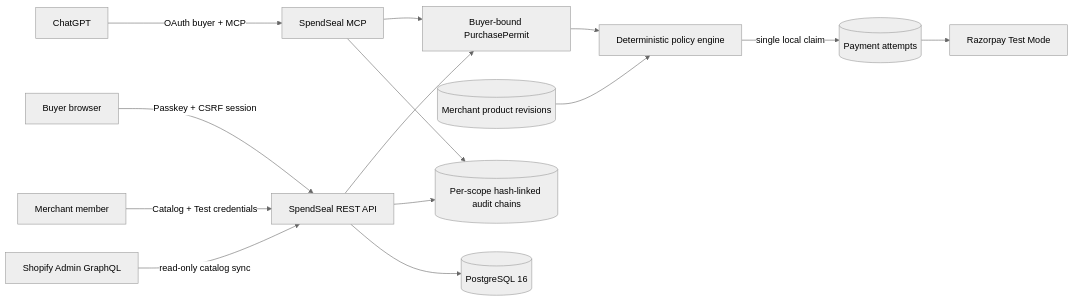
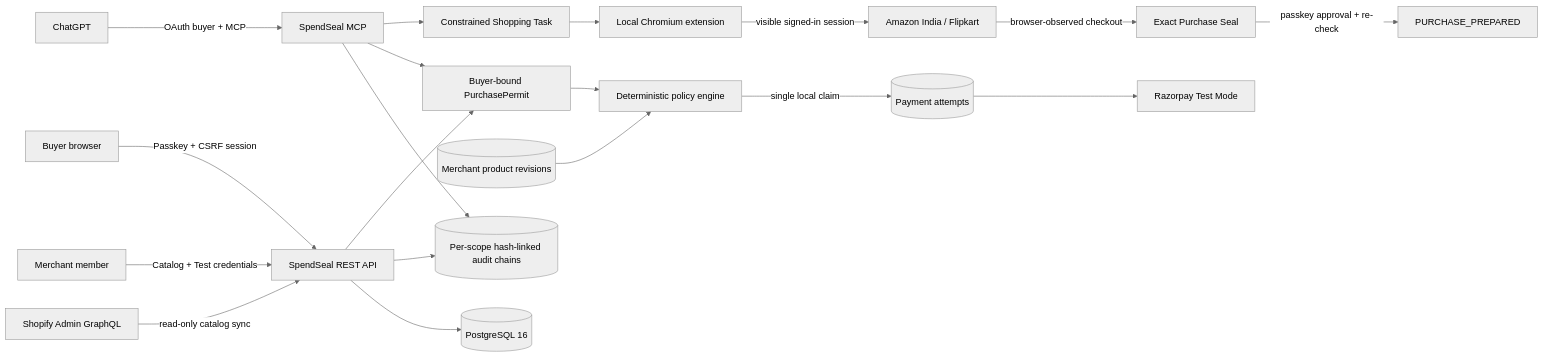
The diagram in README.md (aryagupta-tech/SpendSeal), drawn with Mermaid (neutral theme) before and after one commit. The commit also changed other lines of this file and 37 other files, not shown here.

````diff
--- a/README.md
+++ b/README.md
@@ -239,16 +267,21 @@
 ```mermaid
 flowchart LR
   GPT[ChatGPT] -->|OAuth buyer + MCP| MCP[SpendSeal MCP]
   Browser[Buyer browser] -->|Passkey + CSRF session| API[SpendSeal REST API]
+  MCP --> Task[Constrained Shopping Task]
+  Task --> Extension[Local Chromium extension]
+  Extension -->|visible signed-in session| Retailers[Amazon India / Flipkart]
+  Retailers -->|browser-observed checkout| Seal[Exact Purchase Seal]
+  Seal -->|passkey approval + re-check| Prepared[PURCHASE_PREPARED]
   Merchant[Merchant member] -->|Catalog + Test credentials| API
   Shopify[Shopify Admin GraphQL] -->|read-only catalog sync| API
   MCP --> Lock[Buyer-bound PurchasePermit]
   API --> Lock
   Lock --> Policy[Deterministic policy engine]
   Catalog[(Merchant product revisions)] --> Policy
   Policy -->|single local claim| Orders[(Payment attempts)]
   Orders --> Razorpay[Razorpay Test Mode]
   API --> Audit[(Per-scope hash-linked audit chains)]
   MCP --> Audit
   API --> PG[(PostgreSQL 16)]
 ```
````
